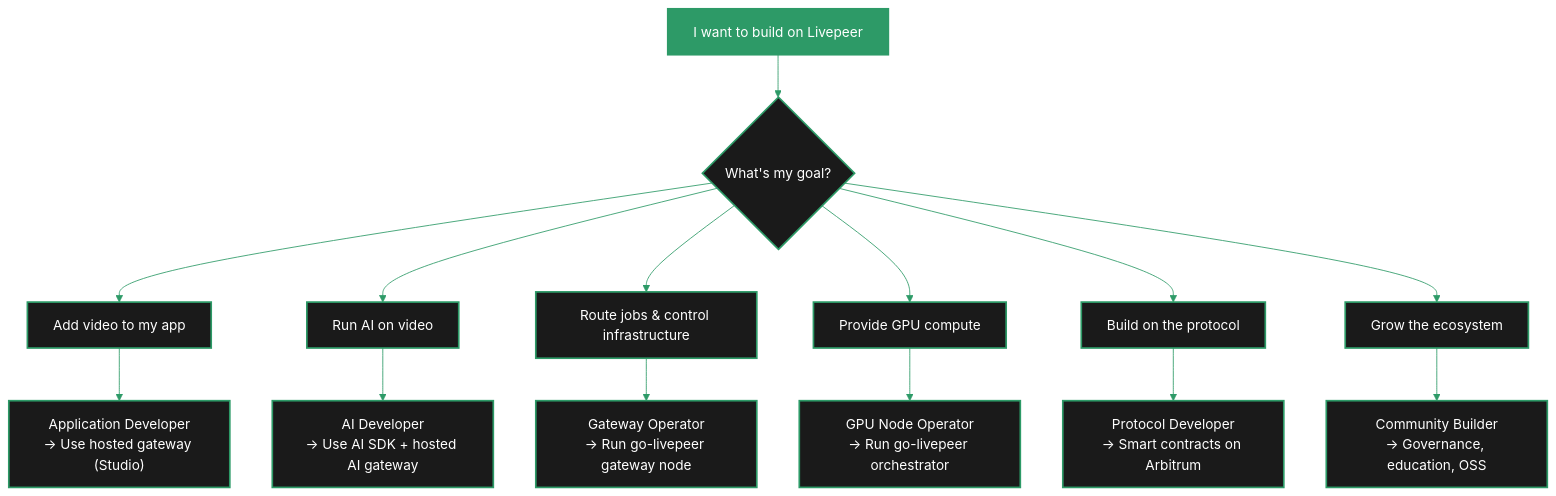
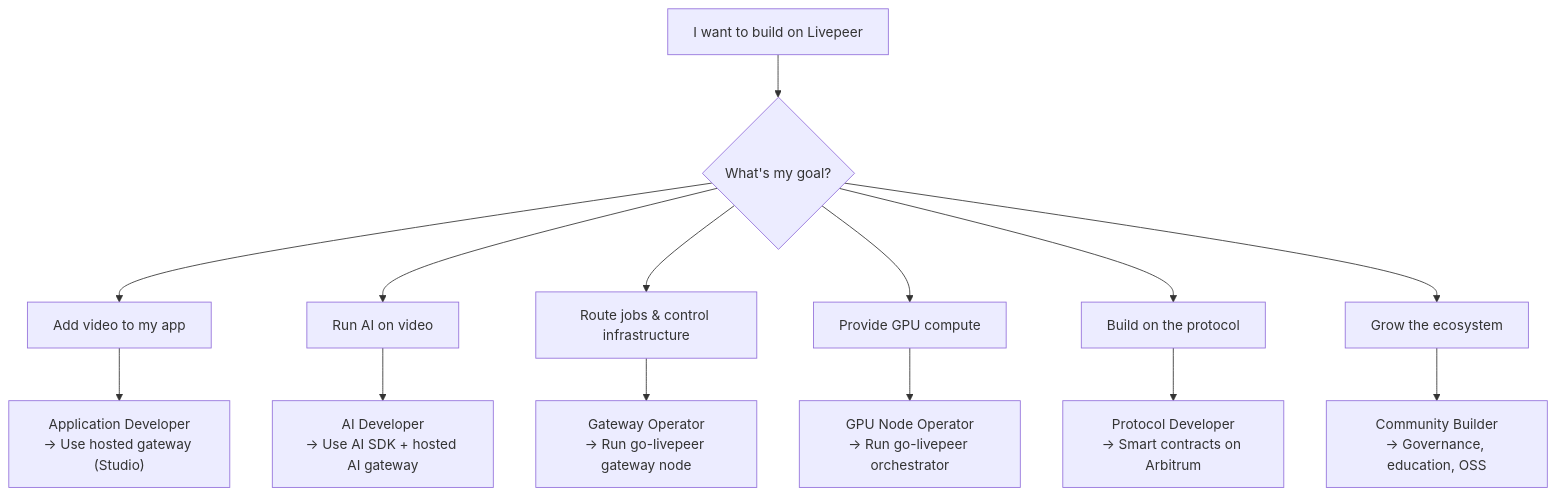
One commit to livepeer/docs changed the diagram in v2/developers/developer-path.mdx. Above: the diagram before and after it, drawn with Mermaid. The commit also changed 4 other files, not shown here.

````diff
--- a/v2/developers/developer-path.mdx
+++ b/v2/developers/developer-path.mdx
@@ -134,23 +134,18 @@
 ```mermaid
-%%{init: {'theme': 'base', 'themeVariables': { 'primaryColor': '#1a1a1a', 'primaryTextColor': '#fff', 'primaryBorderColor': '#2d9a67', 'lineColor': '#2d9a67', 'secondaryColor': '#0d0d0d', 'background': '#0d0d0d', 'fontFamily': 'system-ui' }}}%%
 flowchart TD
     A["I want to build on Livepeer"] --> B{"What's my goal?"}
 
     B --> C["Add video to my app"]
     B --> D["Run AI on video"]
     B --> E["Route jobs & control infrastructure"]
     B --> F["Provide GPU compute"]
     B --> G["Build on the protocol"]
     B --> H["Grow the ecosystem"]
 
     C --> C1["Application Developer\n→ Use hosted gateway (Studio)"]
     D --> D1["AI Developer\n→ Use AI SDK + hosted AI gateway"]
     E --> E1["Gateway Operator\n→ Run go-livepeer gateway node"]
     F --> F1["GPU Node Operator\n→ Run go-livepeer orchestrator"]
     G --> G1["Protocol Developer\n→ Smart contracts on Arbitrum"]
     H --> H1["Community Builder\n→ Governance, education, OSS"]
-
-    classDef default fill:#1a1a1a,color:#fff,stroke:#2d9a67,stroke-width:2px
-    classDef goal fill:#0d0d0d,color:#fff,stroke:#2d9a67,stroke-width:1px
-    style A fill:#2d9a67,color:#fff,stroke:#2d9a67
 ```
````
